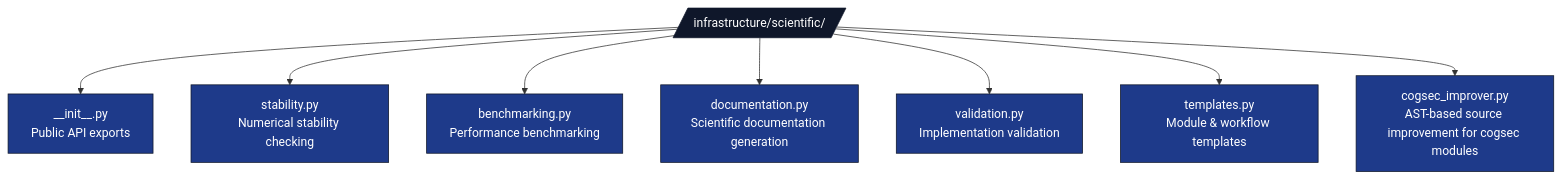
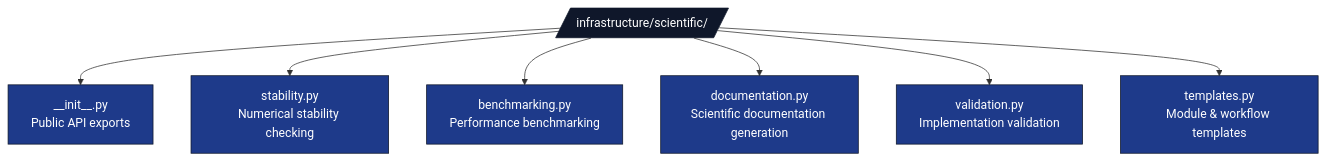
The diagram in infrastructure/scientific/AGENTS.md (docxology/template), drawn with Mermaid before and after one commit. The commit also changed other lines of this file and 424 other files, not shown here.

````diff
--- a/infrastructure/scientific/AGENTS.md
+++ b/infrastructure/scientific/AGENTS.md
@@ -13,16 +13,15 @@
 ```mermaid
 flowchart TB
     SCI[/infrastructure/scientific//]
     SCI --> INIT[__init__.py<br/>Public API exports]
     SCI --> STAB[stability.py<br/>Numerical stability checking]
     SCI --> BEN[benchmarking.py<br/>Performance benchmarking]
     SCI --> DOC[documentation.py<br/>Scientific documentation generation]
     SCI --> VAL[validation.py<br/>Implementation validation]
     SCI --> TPL[templates.py<br/>Module &amp; workflow templates]
-    SCI --> COG[cogsec_improver.py<br/>AST-based source improvement for cogsec modules]
 
     classDef d fill:#0f172a,stroke:#0f172a,color:#fff
     classDef f fill:#1e3a8a,stroke:#0f172a,color:#fff
     class SCI d
-    class INIT,STAB,BEN,DOC,VAL,TPL,COG f
+    class INIT,STAB,BEN,DOC,VAL,TPL f
 ```
````
